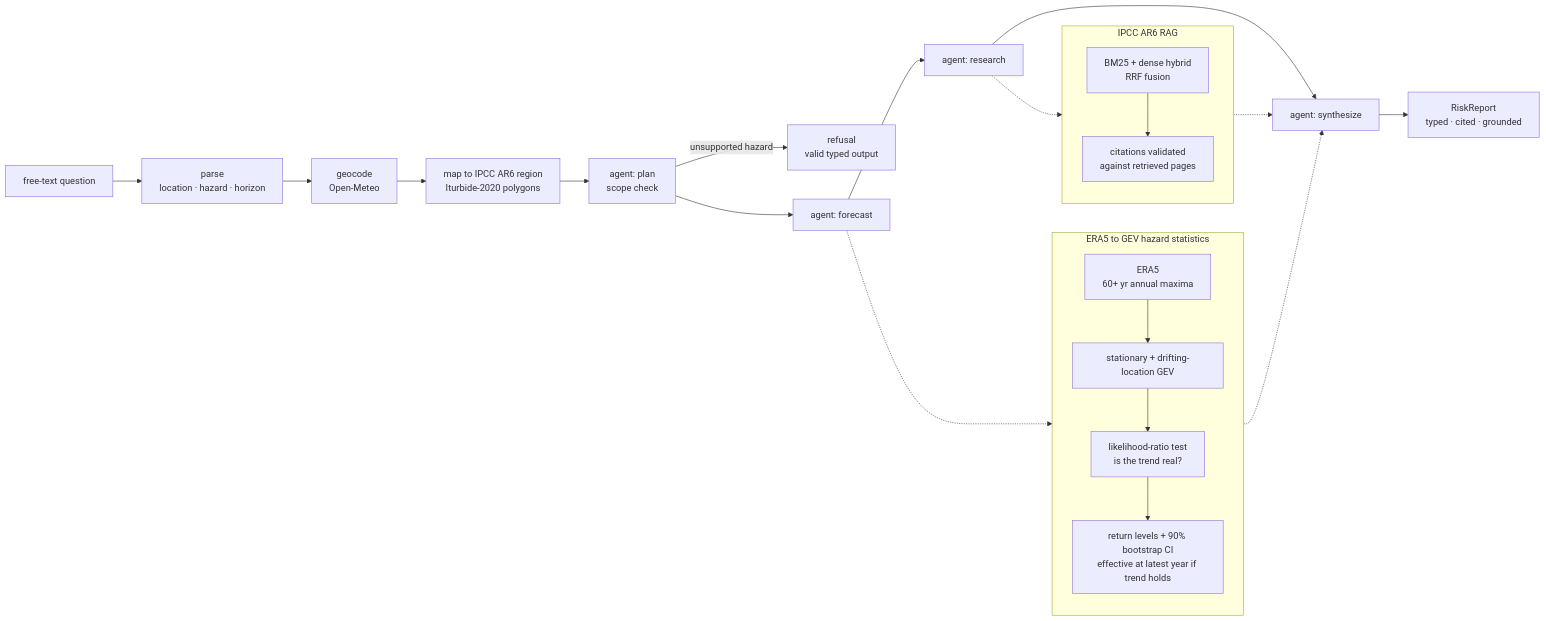
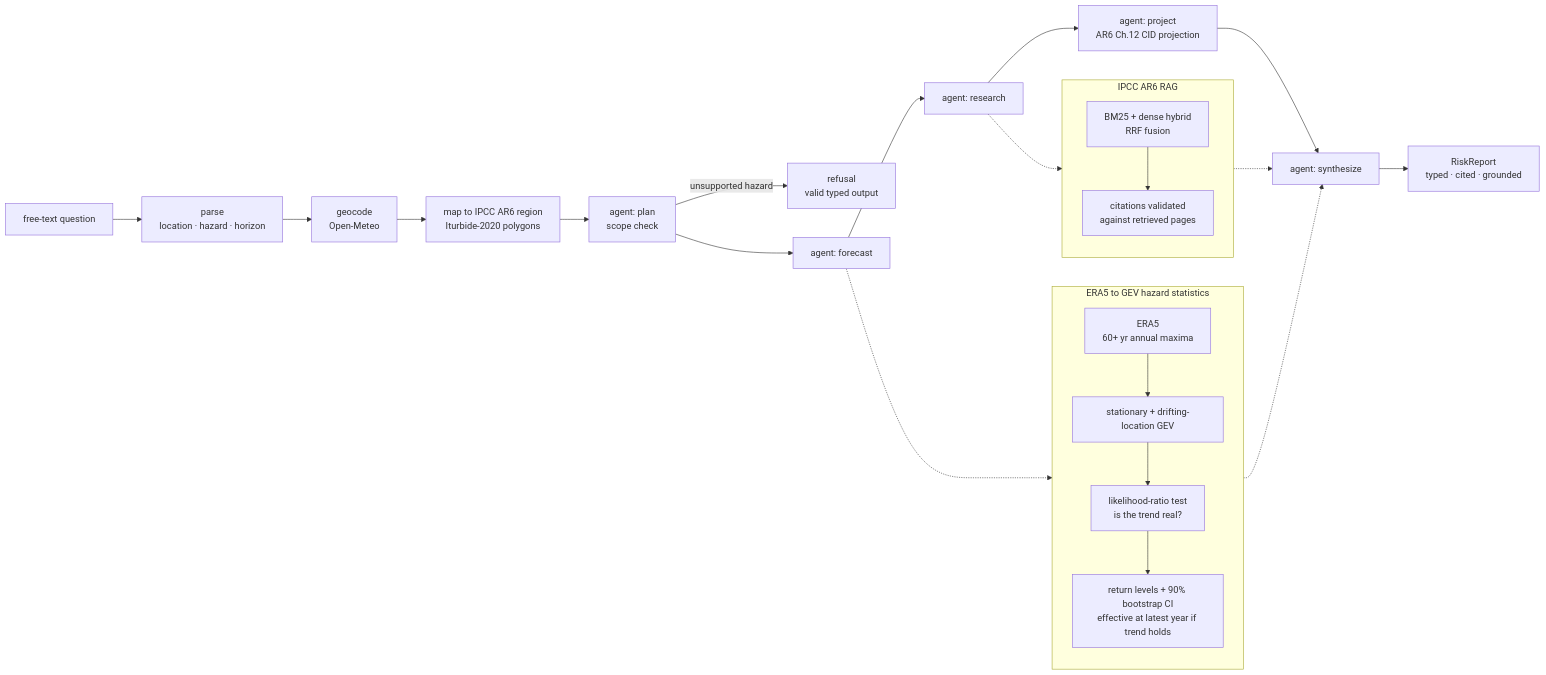
Before and after one commit to AswaniSahoo/climate-risk-agent: the diagram in README.md, drawn with Mermaid. The commit also changed other lines of this file and 3 other files, not shown here.

Commit message:
docs: sync measured eval numbers, model pin, cost section and roadmap

````diff
--- a/README.md
+++ b/README.md
@@ -30,26 +49,27 @@
 ```mermaid
 flowchart LR
     Q[free-text question] --> PARSE[parse<br/>location · hazard · horizon]
     PARSE --> GEO[geocode<br/>Open-Meteo]
     GEO --> REGION[map to IPCC AR6 region<br/>Iturbide-2020 polygons]
     REGION --> PLAN[agent: plan<br/>scope check]
     PLAN -->|unsupported hazard| REFUSE[refusal<br/>valid typed output]
     PLAN --> FORECAST[agent: forecast]
     FORECAST --> RESEARCH[agent: research]
-    RESEARCH --> SYNTH[agent: synthesize]
+    RESEARCH --> PROJECT[agent: project<br/>AR6 Ch.12 CID projection]
+    PROJECT --> SYNTH[agent: synthesize]
     SYNTH --> REPORT[RiskReport<br/>typed · cited · grounded]
 
     subgraph HAZARD [ERA5 to GEV hazard statistics]
         ERA5[ERA5<br/>60+ yr annual maxima] --> GEV[stationary + drifting-location GEV]
         GEV --> LRT[likelihood-ratio test<br/>is the trend real?]
         LRT --> LEVELS[return levels + 90% bootstrap CI<br/>effective at latest year if trend holds]
     end
     FORECAST -.-> HAZARD
     HAZARD -.-> SYNTH
 
     subgraph RAG [IPCC AR6 RAG]
         HYBRID[BM25 + dense hybrid<br/>RRF fusion] --> VALID[citations validated<br/>against retrieved pages]
     end
     RESEARCH -.-> RAG
     RAG -.-> SYNTH
 ```
````
